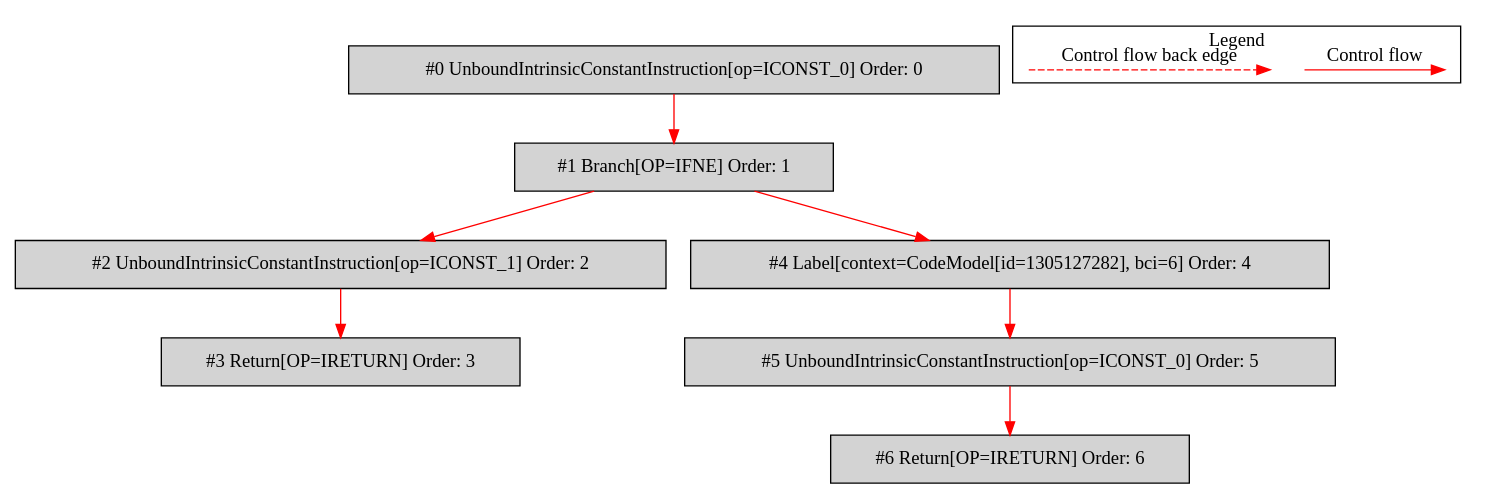
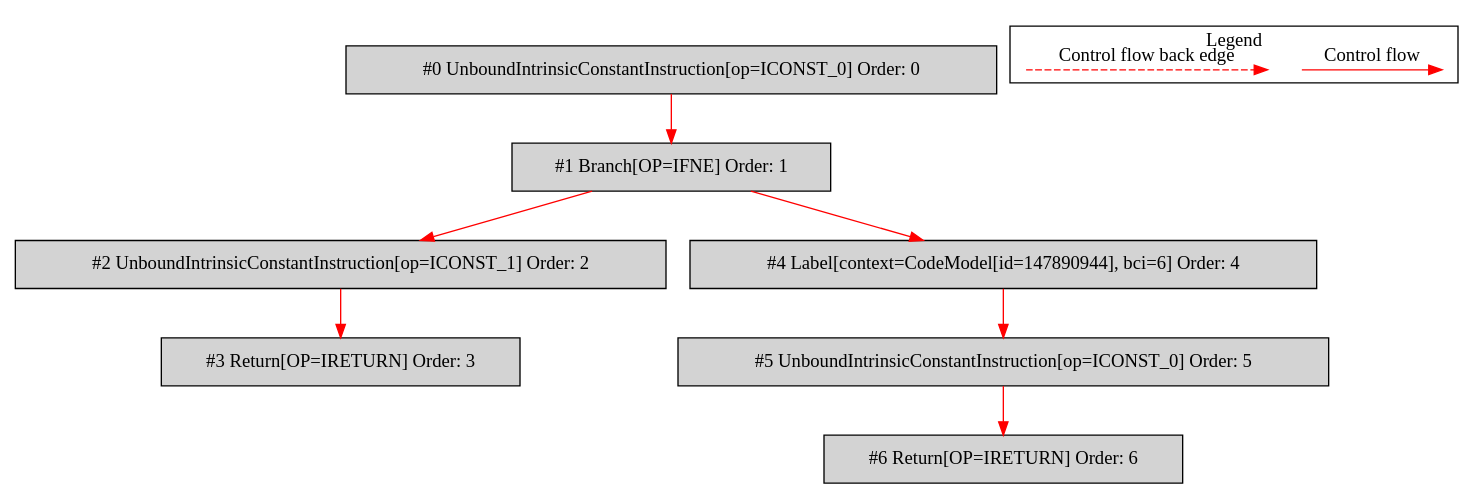
The diagram in de.mirkosertic.metair.ir.OpcodeIFNETest/test_IFNE/bytecodecfg.dot (mirkosertic/MetaIR), drawn with Graphviz before and after one commit. The commit also changed 571 other files, not shown here.

```diff
--- a/de.mirkosertic.metair.ir.OpcodeIFNETest/test_IFNE/bytecodecfg.dot
+++ b/de.mirkosertic.metair.ir.OpcodeIFNETest/test_IFNE/bytecodecfg.dot
@@ -1,29 +1,29 @@
 digraph {
  node0[label="#0 UnboundIntrinsicConstantInstruction[op=ICONST_0] Order: 0", shape=box, fillcolor=lightgrey, style=filled];
  node1[label="#1 Branch[OP=IFNE] Order: 1", shape=box, fillcolor=lightgrey, style=filled];
  node2[label="#2 UnboundIntrinsicConstantInstruction[op=ICONST_1] Order: 2", shape=box, fillcolor=lightgrey, style=filled];
  node3[label="#3 Return[OP=IRETURN] Order: 3", shape=box, fillcolor=lightgrey, style=filled];
- node4[label="#4 Label[context=CodeModel[id=1305127282], bci=6] Order: 4", shape=box, fillcolor=lightgrey, style=filled];
+ node4[label="#4 Label[context=CodeModel[id=147890944], bci=6] Order: 4", shape=box, fillcolor=lightgrey, style=filled];
  node5[label="#5 UnboundIntrinsicConstantInstruction[op=ICONST_0] Order: 5", shape=box, fillcolor=lightgrey, style=filled];
  node6[label="#6 Return[OP=IRETURN] Order: 6", shape=box, fillcolor=lightgrey, style=filled];
  node0 -> node1[color=red];
  node1 -> node2[color=red];
  node2 -> node3[color=red];
  node1 -> node4[color=red];
  node4 -> node5[color=red];
  node5 -> node6[color=red];
  subgraph cluster_000 {
   label = "Legend";
   node [shape=point]
   {
    rank=same;
    c0 [style = invis];
    c1 [style = invis];
    c2 [style = invis];
    c3 [style = invis];
   }
   c0 -> c1 [label="Control flow", style=solid, color=red]
   c2 -> c3 [label="Control flow back edge", style=dashed, color=red]
  }
 
 }
```
